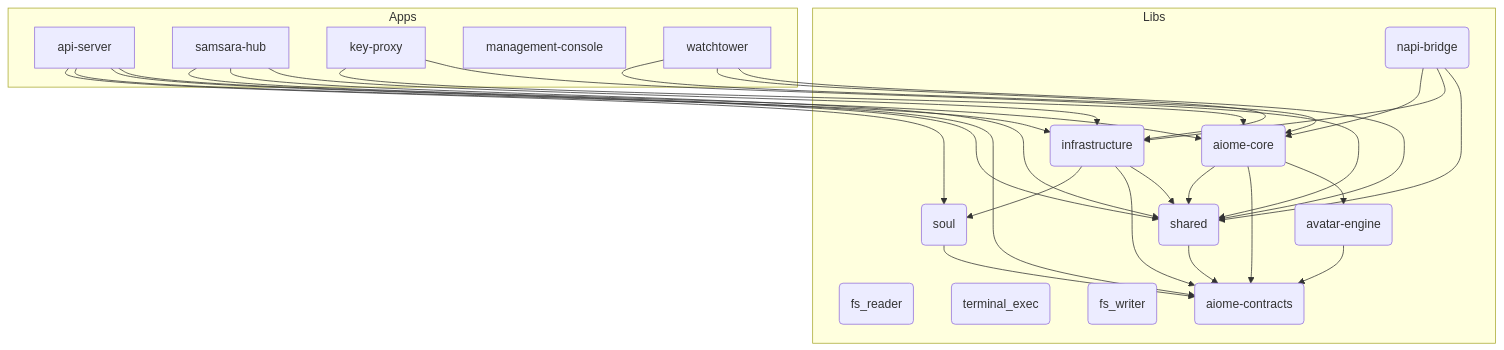
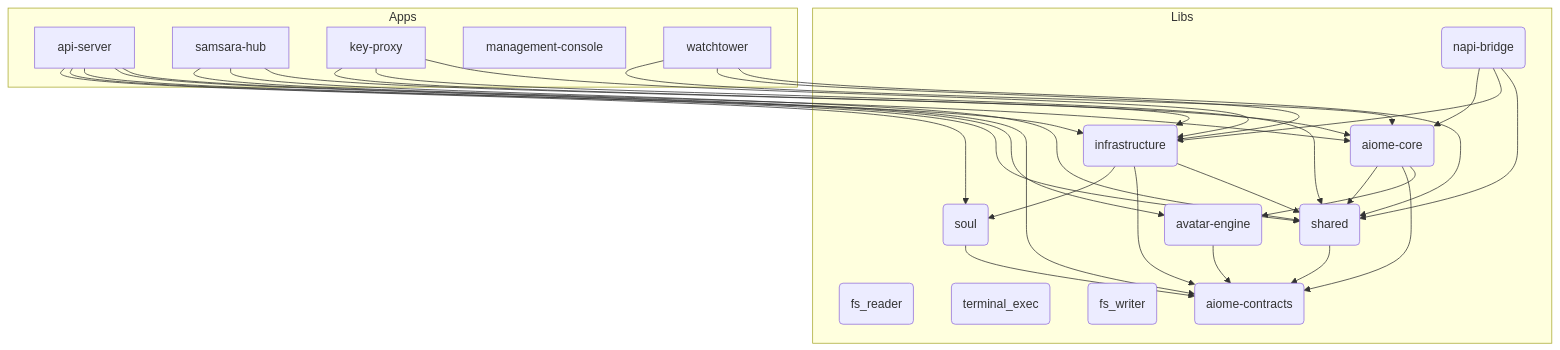
Before and after one commit to for4xex-droid/modular-open-claw: the diagram in ARCHITECTURE.md, drawn with Mermaid. The commit also changed other lines of this file, not shown here.

````diff
--- a/ARCHITECTURE.md
+++ b/ARCHITECTURE.md
@@ -23,48 +23,50 @@
 ```mermaid
 graph TD
     subgraph Apps
         api-server[api-server]
         samsara-hub[samsara-hub]
         key-proxy[key-proxy]
         management-console[management-console]
         watchtower[watchtower]
     end
 
     subgraph Libs
         aiome-core(aiome-core)
         infrastructure(infrastructure)
         shared(shared)
         avatar-engine(avatar-engine)
         fs_reader(fs_reader)
         terminal_exec(terminal_exec)
         fs_writer(fs_writer)
         napi-bridge(napi-bridge)
         aiome-contracts(aiome-contracts)
         soul(soul)
     end
 
     api-server --> soul
     api-server --> infrastructure
     api-server --> shared
+    api-server --> avatar-engine
     api-server --> aiome-contracts
     samsara-hub --> aiome-core
     samsara-hub --> shared
     samsara-hub --> infrastructure
     key-proxy --> aiome-core
     key-proxy --> shared
+    key-proxy --> infrastructure
     aiome-core --> shared
     aiome-core --> aiome-contracts
     aiome-core --> avatar-engine
     infrastructure --> soul
     infrastructure --> aiome-contracts
     infrastructure --> shared
     shared --> aiome-contracts
     avatar-engine --> aiome-contracts
     napi-bridge --> aiome-core
     napi-bridge --> infrastructure
     napi-bridge --> shared
     watchtower --> aiome-core
     watchtower --> infrastructure
     watchtower --> shared
     soul --> aiome-contracts
 ```
````
